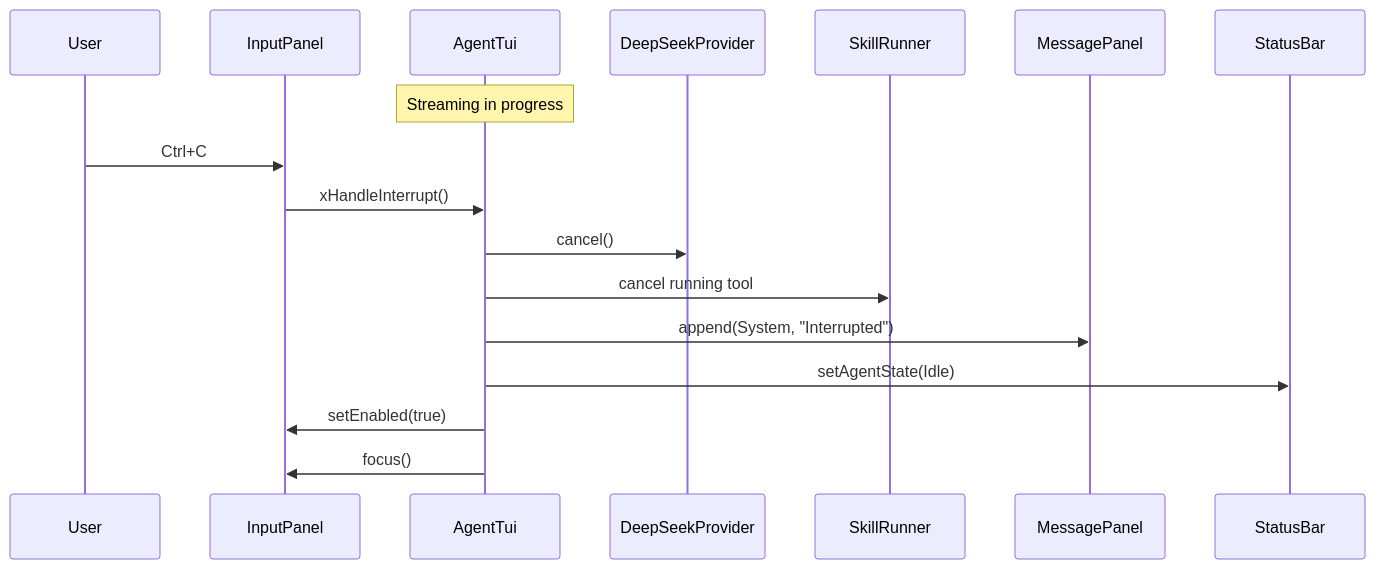
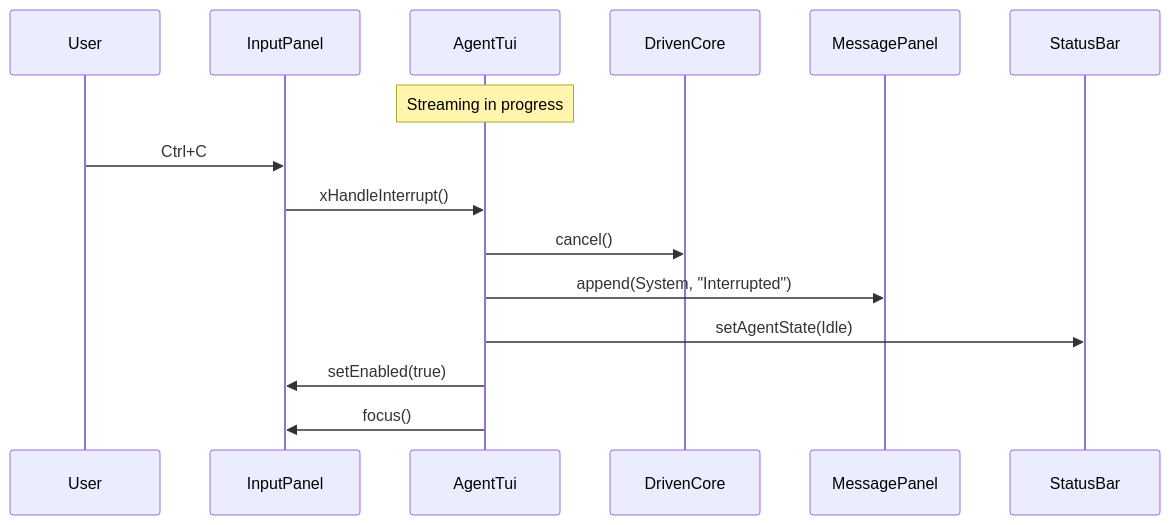
The fourth of 4 diagrams in source/src/tui/agent_tui.spec.md (opensassi/a0), drawn with Mermaid before and after one commit. The commit also changed other lines of this file and 49 other files, not shown here.

Commit message:
Thread-separated App Core refactoring: add DrivenCore state machine, curl_multi async provider, MPSC channel; refactor AgentTui to remove AgentCore*; update all 43 spec files and 5 technical-specification.md files

````diff
--- a/source/src/tui/agent_tui.spec.md
+++ b/source/src/tui/agent_tui.spec.md
@@ -285,20 +305,18 @@
 ```mermaid
 sequenceDiagram
     participant User
     participant IP as InputPanel
     participant AT as AgentTui
-    participant DP as DeepSeekProvider
-    participant SR as SkillRunner
+    participant DC as DrivenCore
     participant MP as MessagePanel
     participant SB as StatusBar
 
     Note over AT: Streaming in progress
     User->>IP: Ctrl+C
     IP->>AT: xHandleInterrupt()
-    AT->>DP: cancel()
-    AT->>SR: cancel running tool
+    AT->>DC: cancel()
     AT->>MP: append(System, "Interrupted")
     AT->>SB: setAgentState(Idle)
     AT->>IP: setEnabled(true)
     AT->>IP: focus()
 ```
````
